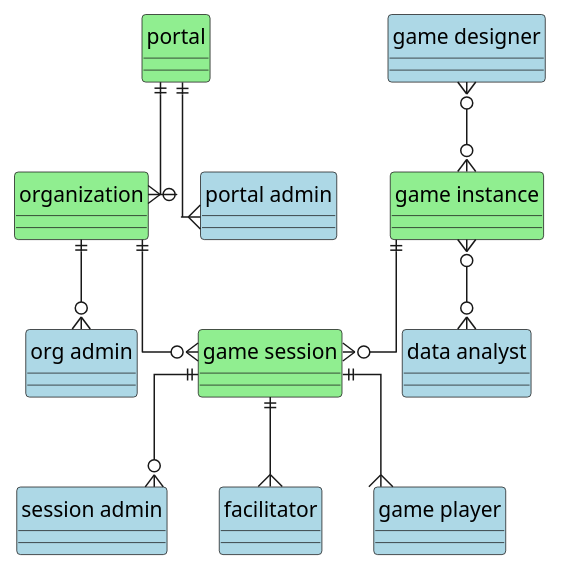
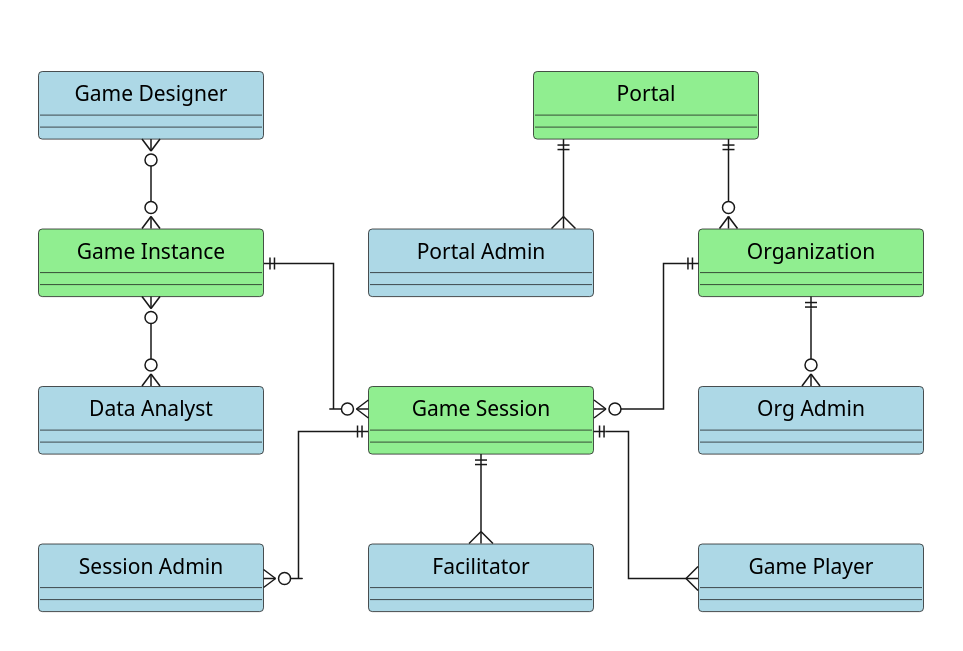
One commit to averbraeck/gscg-design changed the diagram in doc/1-scope/diagrams/stakeholders.puml. Above: the diagram before and after it, drawn with PlantUML. The commit also changed 1 other file, not shown here.

Commit message:
Nicer stakeholder diagram.

```diff
--- a/doc/1-scope/diagrams/stakeholders.puml
+++ b/doc/1-scope/diagrams/stakeholders.puml
@@ -1,33 +1,69 @@
 @startuml
 
-' config
+' === Global Config ===
 hide circle
 skinparam linetype ortho
+skinparam nodesep 70
+skinparam ranksep 60
+skinparam packageStyle rectangle
+skinparam defaultTextAlignment center
+skinparam entity {
+    BorderColor Black
+    FontSize 12
+    Padding 5
+    BackgroundColor White
+}
+skinparam minClassWidth 150
+skinparam minClassHeight 60
 
-' objects
-entity "portal" as portal #back:lightgreen
-entity "organization" as organization #back:lightgreen
-entity "game instance" as game #back:lightgreen
-entity "game session" as session #back:lightgreen
+' Transparent packages for grouping
+skinparam package {
+    BorderColor transparent
+    BackgroundColor transparent
+}
 
-entity "portal admin" as padmin #back:lightblue
-entity "org admin" as oadmin #back:lightblue 
-entity "session admin" as sadmin #back:lightblue
-entity "game designer" as designer #back:lightblue
-entity "facilitator" as facilitator #back:lightblue
-entity "data analyst" as analyst #back:lightblue
-entity "game player" as player #back:lightblue
+' === Layer 1: Portals ===
+package " " {
+    entity "Portal" as portal #lightgreen
+}
 
-' relations
+' === Layer 2: Organizations & Games ===
+package " " {
+    entity "Organization" as organization #lightgreen
+    entity "Game Instance" as game #lightgreen
+}
+
+' === Layer 3: Sessions ===
+package " " {
+    entity "Game Session" as session #lightgreen
+}
+
+' === Layer 4: Roles ===
+package " " {
+    entity "Portal Admin" as padmin #lightblue
+    entity "Org Admin" as oadmin #lightblue
+    entity "Session Admin" as sadmin #lightblue
+    entity "Game Designer" as designer #lightblue
+    entity "Facilitator" as facilitator #lightblue
+    entity "Data Analyst" as analyst #lightblue
+    entity "Game Player" as player #lightblue
+}
+
+' === Hidden edges to enforce vertical alignment ===
+' portal -[hidden]-> organization
+' organization -[hidden]-> session
+' game -[hidden]-> session
+
+' === Relationships ===
 game ||--o{ session
 portal ||--{ padmin
 portal ||--o{ organization
 organization ||--o{ oadmin
 organization ||--o{ session
 session ||--{ player
 session ||--{ facilitator
 session ||--o{ sadmin
 designer }o--o{ game
 game }o--o{ analyst
 
 @enduml
```
